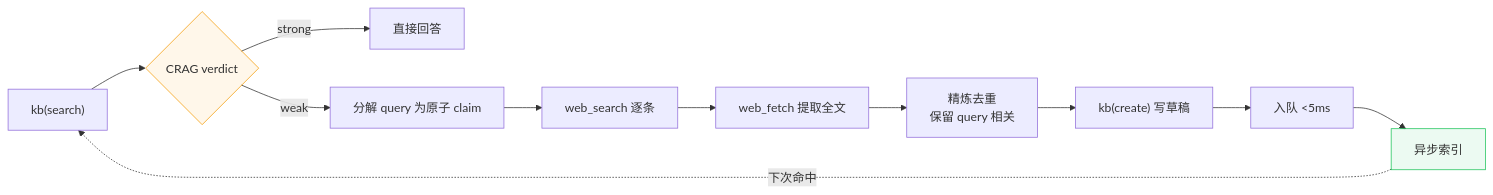
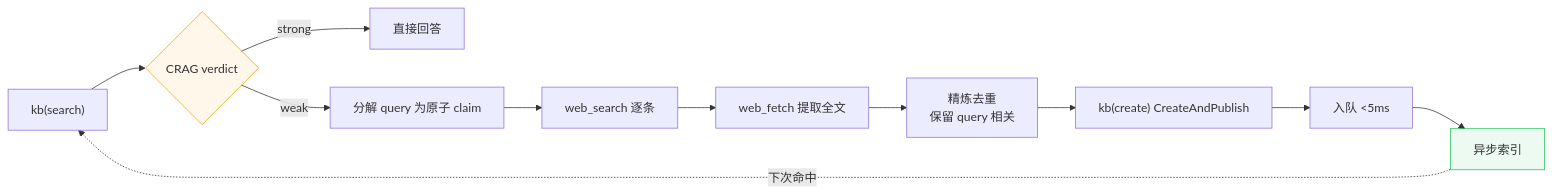
The first of 2 diagrams in docs/FLOW/knowledge/search-kb-loop-flow.md (int2t05/Cognik), drawn with Mermaid before and after one commit. The commit also changed other lines of this file and 19 other files, not shown here.

````diff
--- a/docs/FLOW/knowledge/search-kb-loop-flow.md
+++ b/docs/FLOW/knowledge/search-kb-loop-flow.md
@@ -37,16 +37,16 @@
 ```mermaid
 flowchart LR
     KS["kb(search)"] --> VERDICT{"CRAG verdict"}
     VERDICT -->|"strong"| ANS["直接回答"]
     VERDICT -->|"weak"| DECOMP["分解 query 为原子 claim"]
     DECOMP --> WS["web_search 逐条"]
     WS --> WF["web_fetch 提取全文"]
     WF --> REFINE["精炼去重<br/>保留 query 相关"]
-    REFINE --> CREATE["kb(create) 写草稿"]
+    REFINE --> CREATE["kb(create) CreateAndPublish"]
     CREATE --> QUEUE["入队 <5ms"]
     QUEUE --> ASYNC["异步索引"]
     ASYNC -.->|"下次命中"| KS
 
     style VERDICT fill:#f59e0b15,stroke:#f59e0b
     style ASYNC fill:#22c55e15,stroke:#22c55e
 ```
````
